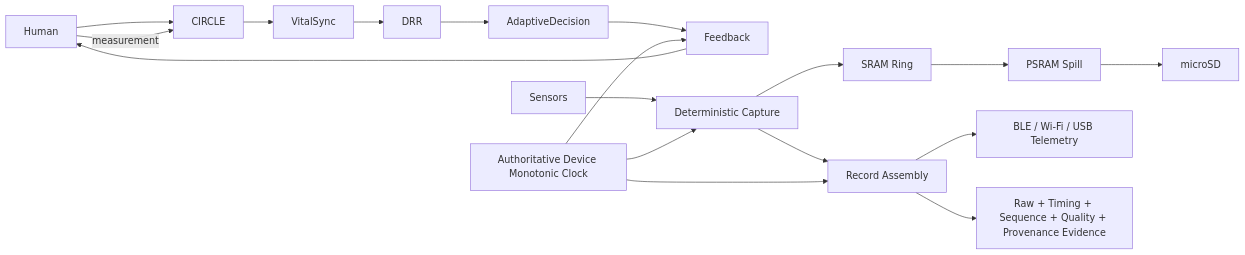
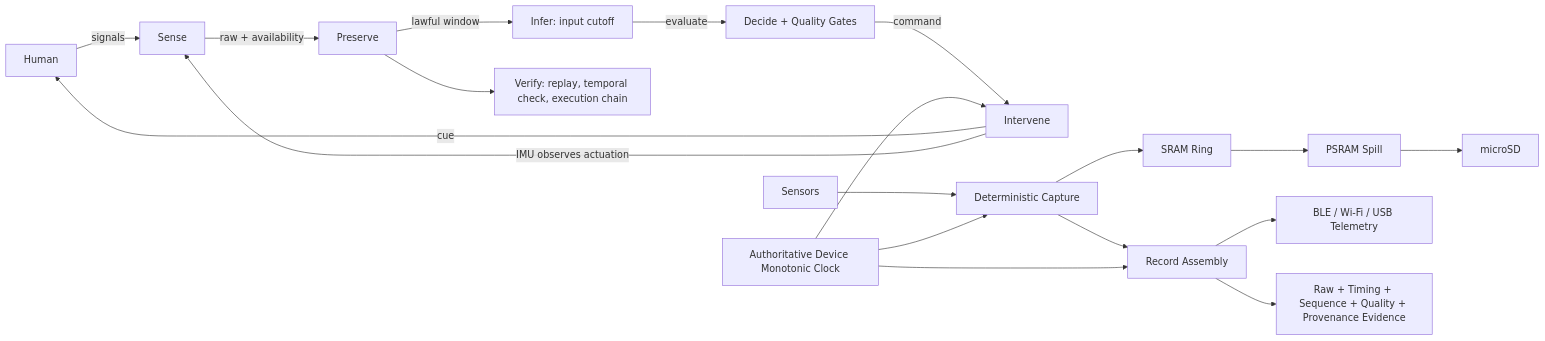
The diagram in diagrams/system-architecture.mmd (topherchris420/circle), drawn with Mermaid before and after one commit. The commit also changed 26 other files, not shown here.

```diff
--- a/diagrams/system-architecture.mmd
+++ b/diagrams/system-architecture.mmd
@@ -1,19 +1,20 @@
 flowchart LR
-    Human[Human] --> CIRCLE[CIRCLE]
-    CIRCLE --> VitalSync[VitalSync]
-    VitalSync --> DRR[DRR]
-    DRR --> AdaptiveDecision[AdaptiveDecision]
-    AdaptiveDecision --> Feedback[Feedback]
-    Feedback --> Human
-    Human -->|measurement| CIRCLE
+    Human[Human] -->|signals| Sense[Sense]
+    Sense -->|raw + availability| Preserve[Preserve]
+    Preserve -->|lawful window| Infer[Infer: input cutoff]
+    Infer -->|evaluate| Decide[Decide + Quality Gates]
+    Decide -->|command| Intervene[Intervene]
+    Intervene -->|cue| Human
+    Intervene -->|IMU observes actuation| Sense
+    Preserve --> Verify[Verify: replay, temporal check, execution chain]
 
     Sensors[Sensors] --> Capture[Deterministic Capture]
     Capture --> SRAM[SRAM Ring]
     SRAM --> PSRAM[PSRAM Spill]
     PSRAM --> SD[microSD]
     Capture --> RecordAssembly[Record Assembly]
     RecordAssembly --> Telemetry[BLE / Wi-Fi / USB Telemetry]
     DeviceClock[Authoritative Device Monotonic Clock] --> Capture
-    DeviceClock --> Feedback
+    DeviceClock --> Intervene
     DeviceClock --> RecordAssembly
     RecordAssembly --> Evidence[Raw + Timing + Sequence + Quality + Provenance Evidence]
```
